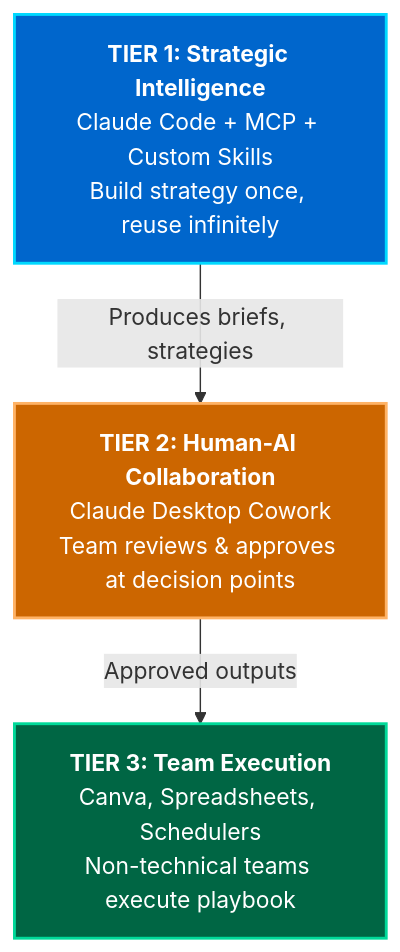
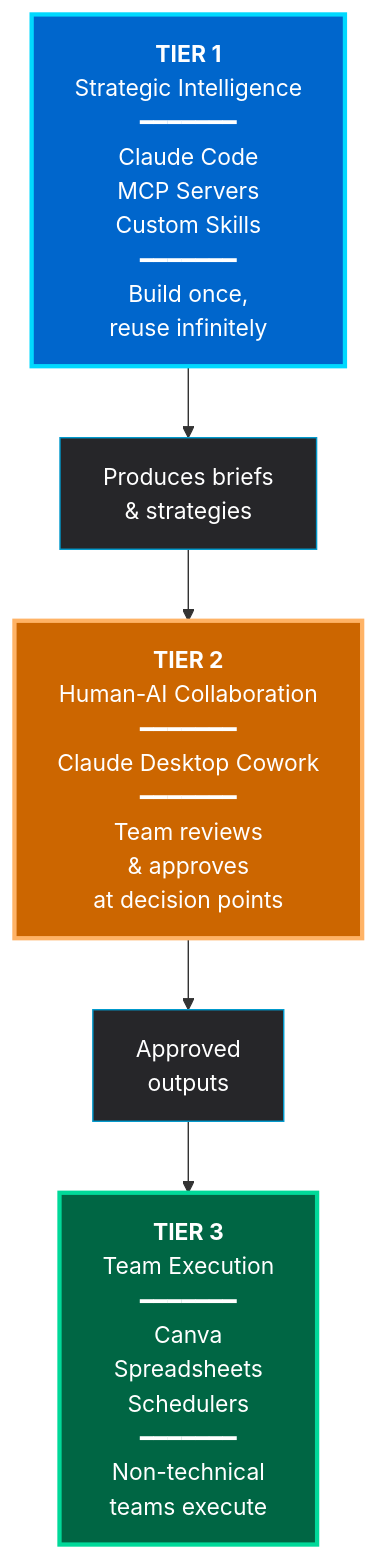
Before and after one commit to shireen168/marketing-os: the first of 4 diagrams in README.md, drawn with Mermaid. The commit also changed other lines of this file, not shown here.

First line of the commit message:
refactor: polish diagram alignment and spacing

````diff
--- a/README.md
+++ b/README.md
@@ -66,13 +66,20 @@
 ```mermaid
 graph TD
-    A["<b>TIER 1: Strategic Intelligence</b><br/>Claude Code + MCP + Custom Skills<br/>Build strategy once, reuse infinitely"] 
-    B["<b>TIER 2: Human-AI Collaboration</b><br/>Claude Desktop Cowork<br/>Team reviews & approves at decision points"]
-    C["<b>TIER 3: Team Execution</b><br/>Canva, Spreadsheets, Schedulers<br/>Non-technical teams execute playbook"]
+    A["<b>TIER 1</b><br/>Strategic Intelligence<br/>━━━━━━━<br/>Claude Code<br/>MCP Servers<br/>Custom Skills<br/>━━━━━━━<br/>Build once,<br/>reuse infinitely"]
     
-    A -->|Produces briefs, strategies| B
-    B -->|Approved outputs| C
+    Arrow1["Produces briefs<br/>& strategies"]
     
-    style A fill:#0066cc,stroke:#00d9ff,color:#ffffff,stroke-width:2px
-    style B fill:#cc6600,stroke:#ffb366,color:#ffffff,stroke-width:2px
-    style C fill:#006644,stroke:#00d999,color:#ffffff,stroke-width:2px
+    B["<b>TIER 2</b><br/>Human-AI Collaboration<br/>━━━━━━━<br/>Claude Desktop Cowork<br/>━━━━━━━<br/>Team reviews<br/>& approves<br/>at decision points"]
+    
+    Arrow2["Approved<br/>outputs"]
+    
+    C["<b>TIER 3</b><br/>Team Execution<br/>━━━━━━━<br/>Canva<br/>Spreadsheets<br/>Schedulers<br/>━━━━━━━<br/>Non-technical<br/>teams execute"]
+    
+    A --> Arrow1 --> B --> Arrow2 --> C
+    
+    style A fill:#0066cc,stroke:#00d9ff,color:#ffffff,stroke-width:3px,padding:40px
+    style B fill:#cc6600,stroke:#ffb366,color:#ffffff,stroke-width:3px,padding:40px
+    style C fill:#006644,stroke:#00d999,color:#ffffff,stroke-width:3px,padding:40px
+    style Arrow1 fill:#262629,stroke:#0099cc,color:#ffffff,text-anchor:middle
+    style Arrow2 fill:#262629,stroke:#0099cc,color:#ffffff,text-anchor:middle
 ```
````
